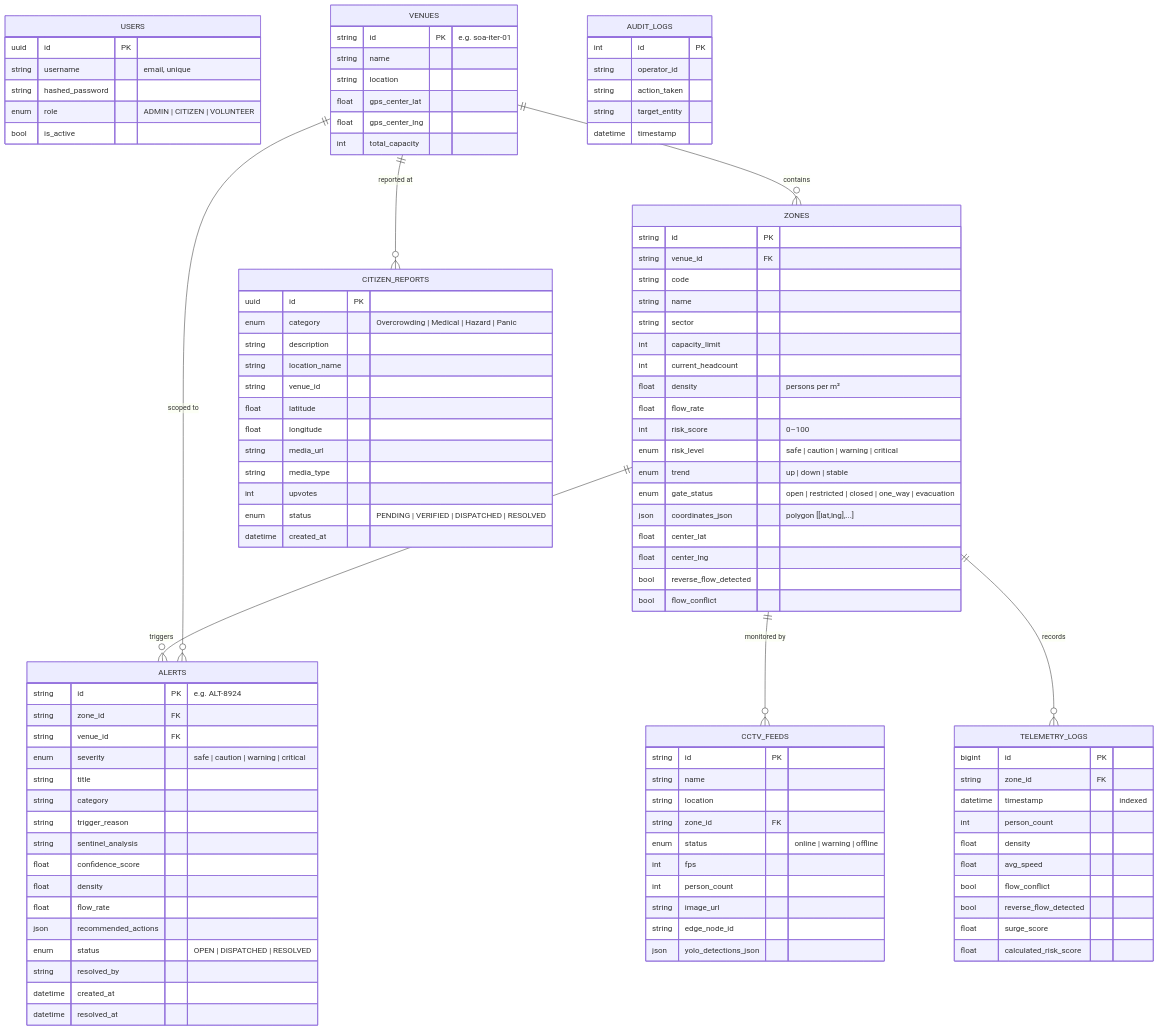
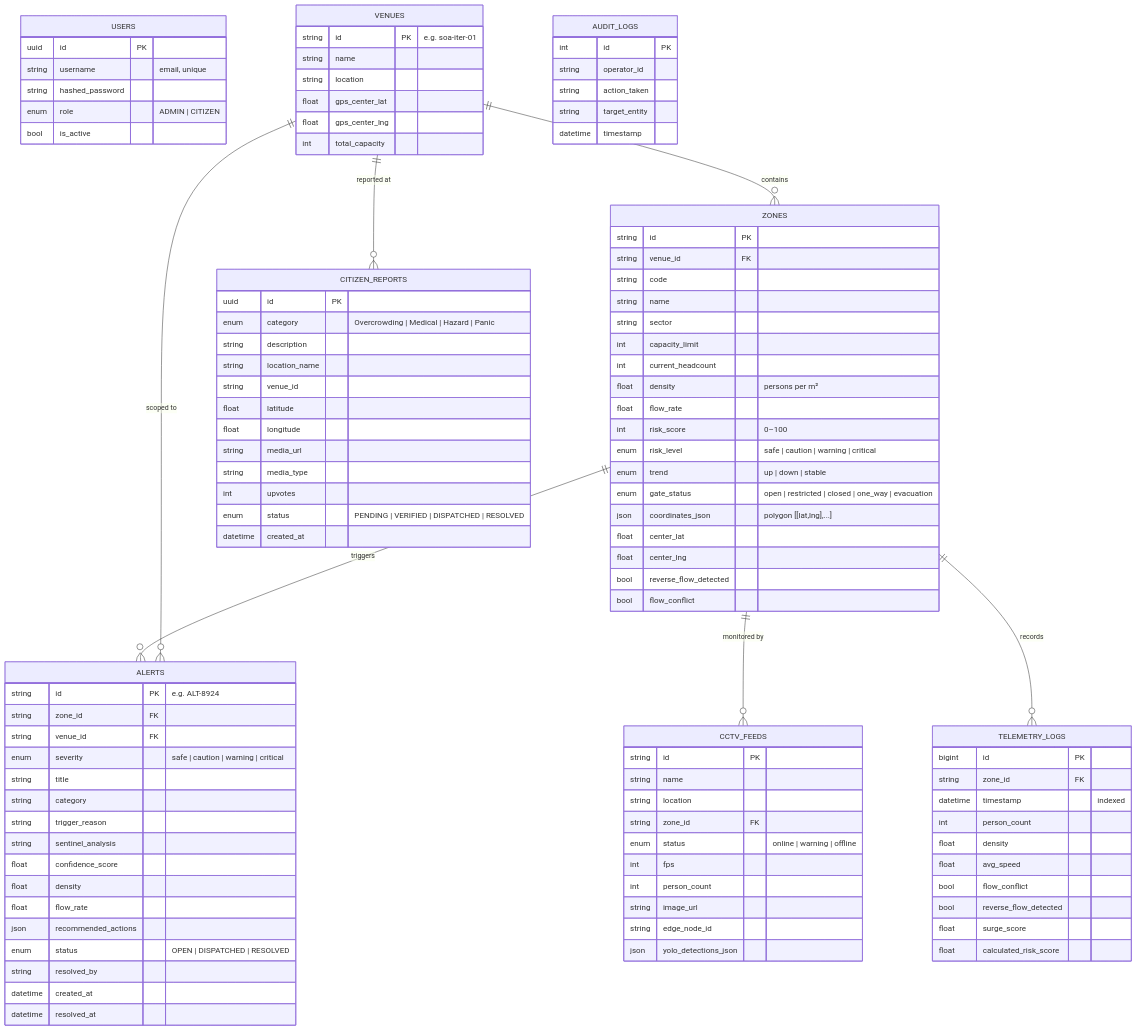
Before and after one commit to Ayutayam-sutar/CrowdShield: the diagram in DatabaseSchema.md, drawn with Mermaid. The commit also changed 1 other file, not shown here.

Commit message:
Flowchart

```diff
--- a/DatabaseSchema.md
+++ b/DatabaseSchema.md
@@ -6,7 +6,7 @@
         uuid id PK
         string username "email, unique"
         string hashed_password
-        enum role "ADMIN | CITIZEN | VOLUNTEER"
+        enum role "ADMIN | CITIZEN"
         bool is_active
     }
 
```
